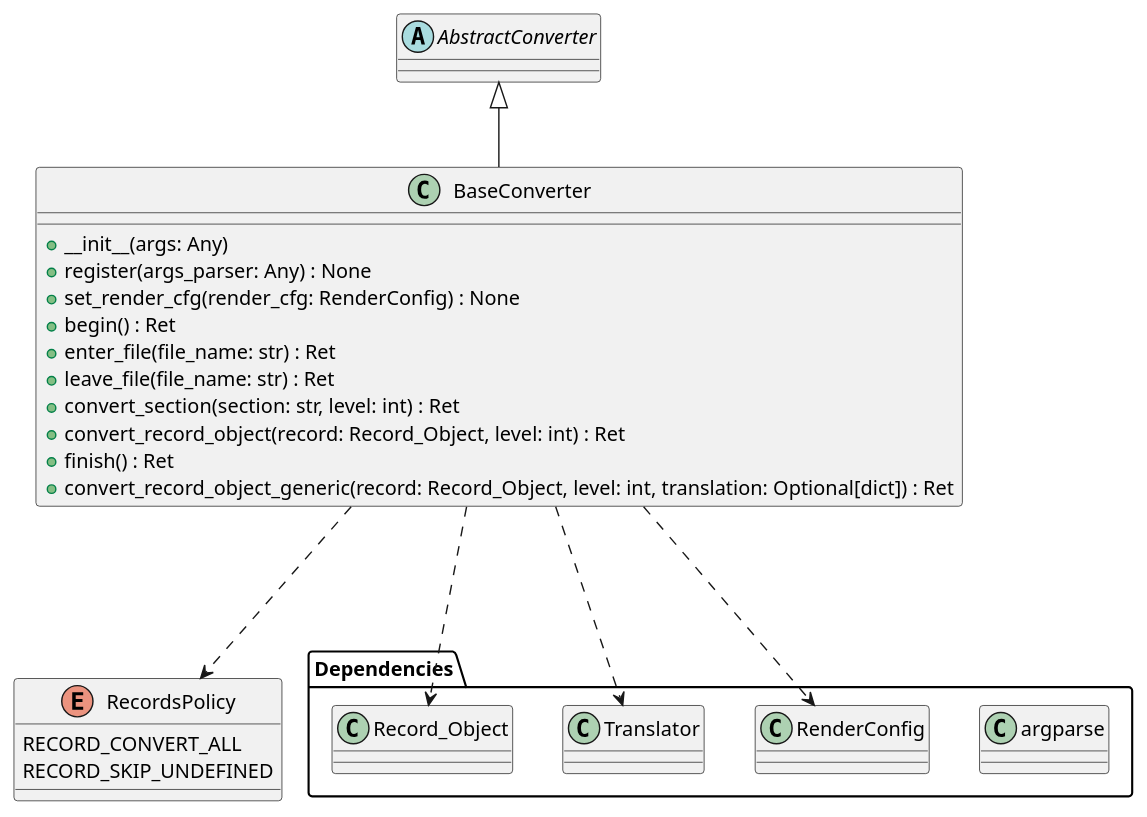
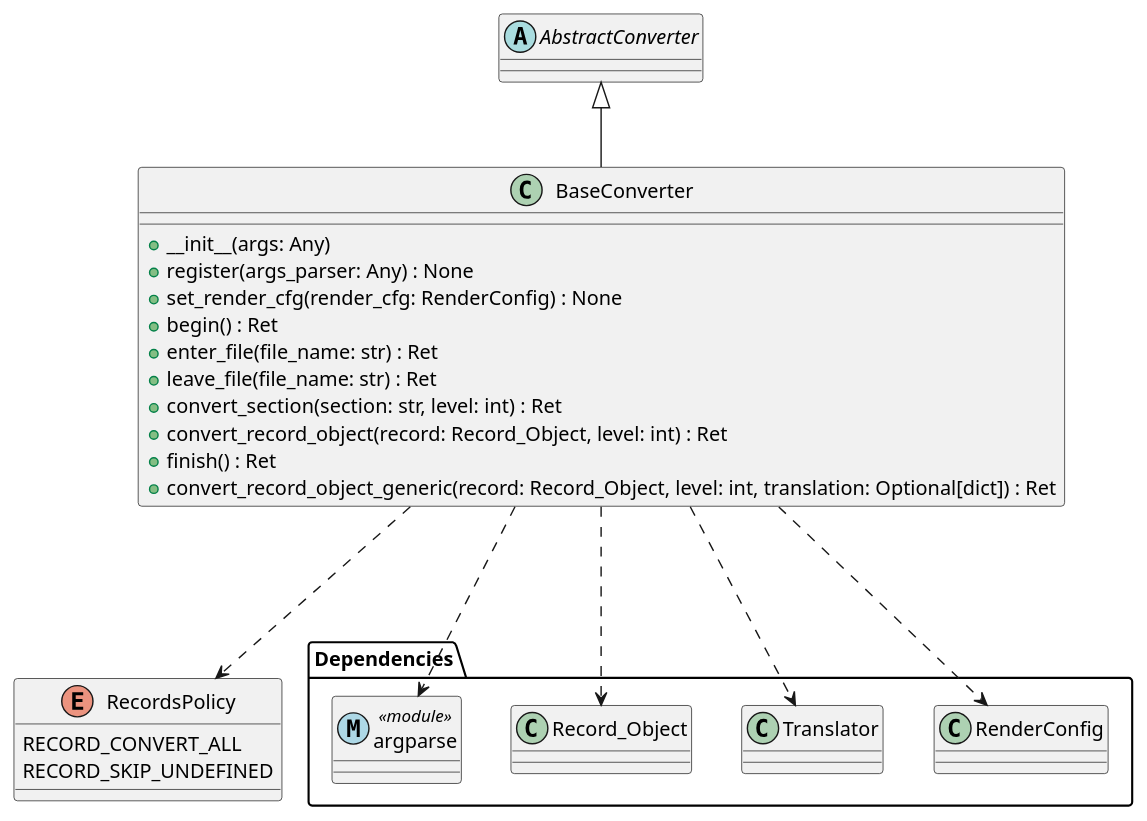
One commit to NewTec-GmbH/pyTRLCConverter changed the diagram in doc/architecture/components/comp_base_converter.puml. Above: the diagram before and after it, drawn with PlantUML. The commit also changed 12 other files, not shown here.

```diff
--- a/doc/architecture/components/comp_base_converter.puml
+++ b/doc/architecture/components/comp_base_converter.puml
@@ -1,45 +1,46 @@
 @startuml
 
 abstract class AbstractConverter {
 }
   
 class BaseConverter extends AbstractConverter {
     +__init__(args: Any)
     +register(args_parser: Any) : None
     +set_render_cfg(render_cfg: RenderConfig) : None
     +begin() : Ret
     +enter_file(file_name: str) : Ret
     +leave_file(file_name: str) : Ret
     +convert_section(section: str, level: int) : Ret
     +convert_record_object(record: Record_Object, level: int) : Ret
     +finish() : Ret
     +convert_record_object_generic(record: Record_Object, level: int, translation: Optional[dict]) : Ret
 }
 
 enum RecordsPolicy {
     RECORD_CONVERT_ALL
     RECORD_SKIP_UNDEFINED
 }
 
 package "Dependencies" {
-    class argparse {
+    class argparse  <<(M ,lightblue) module>> {
     }
 
     class Record_Object {
     }
 
     class Translator {
 
     }
 
     class RenderConfig {
     }
 }
 
 ' Relationships
 BaseConverter ..d.> RecordsPolicy
 BaseConverter ..d.> Translator
 BaseConverter ..d.> RenderConfig
 BaseConverter ..d.> Record_Object
+BaseConverter ..d.> argparse
 
 @enduml
```
